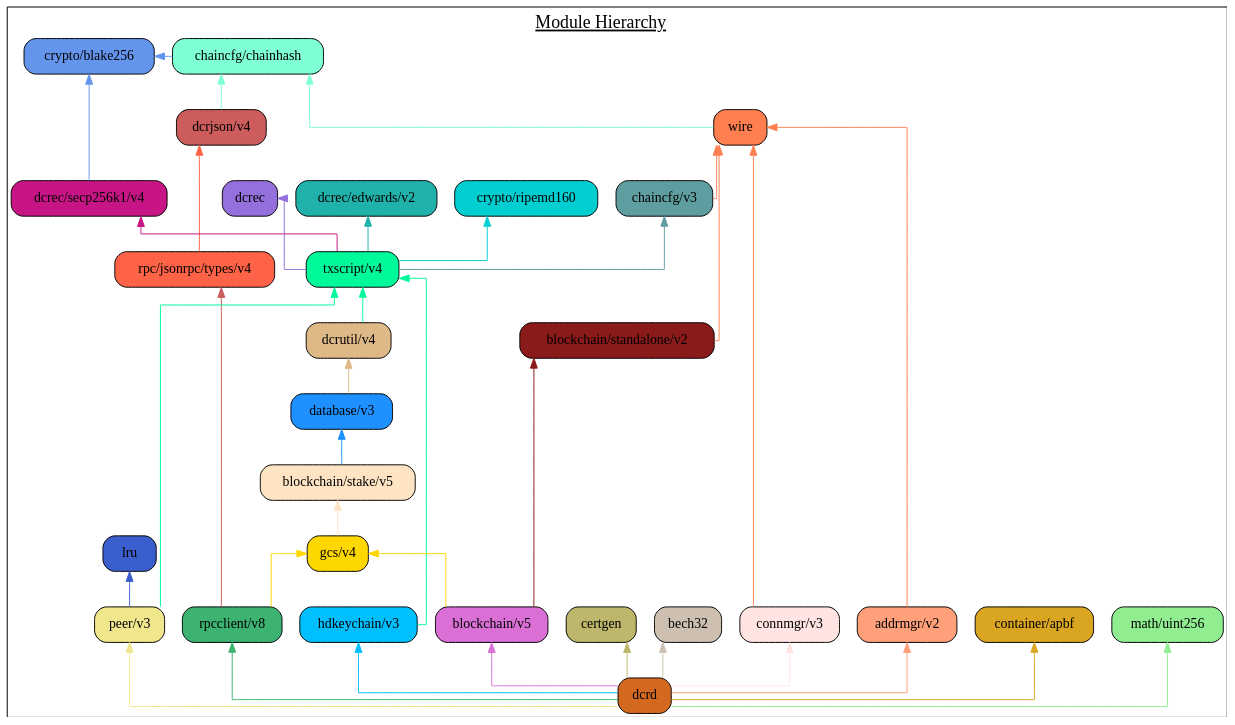
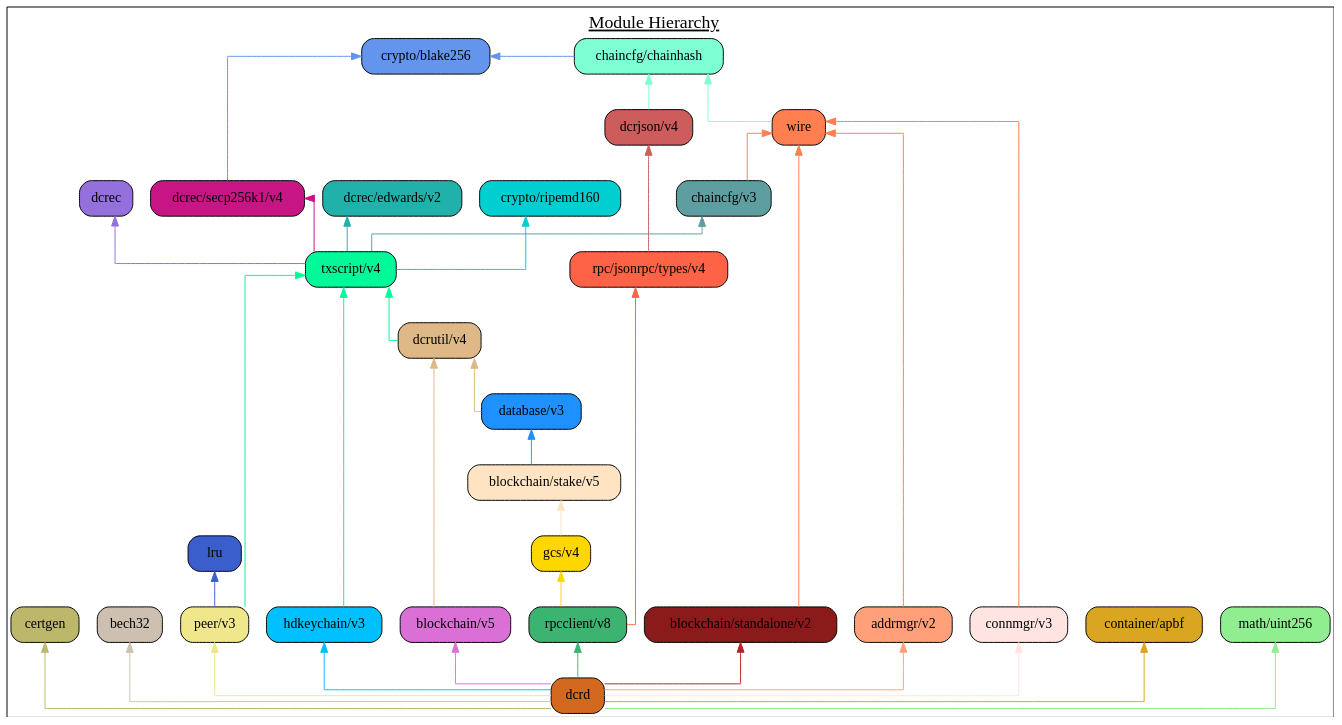
The diagram in docs/assets/module_hierarchy.gv (decred/dcrd), drawn with Graphviz before and after one commit. The commit also changed 1 other file, not shown here.

Commit message:
docs: Update for blockchain v5 module.
This updates the module hierarchy graphviz and module hierarchy diagram
to accurately reflect the latest blockchain module dependencies.

In particular, blockchain/v5 no longer relies on the gcs, stake, or
database modules.

It also rearranges the definitions a bit in the graphviz to produce a
more balanced diagram.

```diff
--- a/docs/assets/module_hierarchy.gv
+++ b/docs/assets/module_hierarchy.gv
@@ -1,77 +1,78 @@
 digraph {
 	graph [splines=ortho colorscheme=svg label=<<u>Module Hierarchy</u>> labelloc=t fontsize=18.0]
-	node [shape=box style="filled, rounded"]
+	node [shape=box style="filled, rounded" margin=0.1]
 
 	blake256 [label="crypto/blake256" fillcolor=cornflowerblue]
 	ripemd160 [label="crypto/ripemd160" fillcolor=darkturquoise]
 	certgen [label="certgen" fillcolor=darkkhaki]
 	bech32 [label="bech32" fillcolor=antiquewhite3]
 	chainhash [label="chaincfg/chainhash" fillcolor=aquamarine]
 	dcrjson [label="dcrjson/v4" fillcolor=indianred]
 	types [label="rpc/jsonrpc/types/v4" fillcolor=tomato]
 	wire [label="wire" fillcolor=coral]
-	addrmgr [label="addrmgr/v2" fillcolor=lightsalmon]
 	chaincfg [label="chaincfg/v3" fillcolor=cadetblue]
-	connmgr [label="connmgr/v3" fillcolor=mistyrose]
 	dcrec [label="dcrec" fillcolor=mediumpurple]
 	edwards [label="dcrec/edwards/v2" fillcolor=lightseagreen]
 	secp256k1 [label="dcrec/secp256k1/v4" fillcolor=mediumvioletred]
 	dcrutil [label="dcrutil/v4" fillcolor=burlywood]
 	database [label="database/v3" fillcolor=dodgerblue]
 	hdkeychain [label="hdkeychain/v3" fillcolor=deepskyblue]
 	txscript [label="txscript/v4" fillcolor=mediumspringgreen]
 	stake [label="blockchain/stake/v5" fillcolor=bisque]
+	gcs [label="gcs/v4" fillcolor=gold]
 	standalone [label="blockchain/standalone/v2" fillcolor=firebrick4]
-	gcs [label="gcs/v4" fillcolor=gold]
-	blockchain [label="blockchain/v5" fillcolor=orchid]
 	lru [label="lru" fillcolor=royalblue3]
 	peer [label="peer/v3" fillcolor=khaki]
 	rpcclient [label="rpcclient/v8" fillcolor=mediumseagreen]
+	addrmgr [label="addrmgr/v2" fillcolor=lightsalmon]
+	connmgr [label="connmgr/v3" fillcolor=mistyrose]
+	blockchain [label="blockchain/v5" fillcolor=orchid]
 	apbf [label="container/apbf" fillcolor=goldenrod]
 	uint256  [label="math/uint256" fillcolor=lightgreen]
 	dcrd [label="dcrd" fillcolor=chocolate]
 
 	{rank=same blake256 chainhash}
 	{rank=same dcrec secp256k1}
-	{rank=same connmgr addrmgr hdkeychain peer blockchain rpcclient}
+	{rank=same certgen bech32 apbf uint256}
+	{rank=same addrmgr connmgr hdkeychain peer blockchain standalone rpcclient}
 
 	certgen
 	bech32
 	blake256 -> chainhash [dir=back color=cornflowerblue]
 	blake256 -> secp256k1 [dir=back color=cornflowerblue]
 	chaincfg -> txscript [dir=back color=cadetblue]
 	chainhash -> dcrjson [dir=back color=aquamarine]
 	chainhash -> wire [dir=back color=aquamarine]
 	wire -> addrmgr [dir=back color=coral]
 	wire -> chaincfg [dir=back color=coral]
 	wire -> connmgr [dir=back color=coral]
 	wire -> standalone [dir=back color=coral]
 	ripemd160 -> txscript [dir=back color=darkturquoise]
 	dcrec -> txscript [dir=back color=mediumpurple]
 	edwards -> txscript [dir=back color=lightseagreen]
 	secp256k1 -> txscript [dir=back color=mediumvioletred]
 	txscript -> dcrutil [dir=back color=mediumspringgreen]
 	txscript -> hdkeychain [dir=back color=mediumspringgreen]
 	txscript -> peer [dir=back color=mediumspringgreen]
+	dcrutil -> blockchain [dir=back color=burlywood]
 	dcrutil -> database [dir=back color=burlywood]
 	database -> stake [dir=back color=dodgerblue]
 	stake -> gcs [dir=back color=bisque]
-	standalone -> blockchain [dir=back color=firebrick4]
-	gcs -> blockchain [dir=back color=gold]
 	gcs -> rpcclient [dir=back color=gold]
 
 	lru -> peer [dir=back color=royalblue3]
-	dcrjson -> types [dir=back color=tomato]
-	types -> rpcclient [dir=back color=indianred]
+	dcrjson -> types [dir=back color=indianred]
+	types -> rpcclient [dir=back color=tomato]
 
 	blockchain -> dcrd [dir=back color=orchid]
+	standalone -> dcrd [dir=back color=firebrick]
 	certgen -> dcrd [dir=back color=darkkhaki]
 	bech32 -> dcrd [dir=back color=antiquewhite3]
 	addrmgr -> dcrd [dir=back color=lightsalmon]
 	hdkeychain -> dcrd [dir=back color=deepskyblue]
 	connmgr -> dcrd [dir=back color=mistyrose]
 	rpcclient -> dcrd [dir=back color=mediumseagreen]
 	peer -> dcrd [dir=back color=khaki]
 	apbf -> dcrd [dir=back color=goldenrod]
 	uint256 -> dcrd [dir=back color=lightgreen]
 }
```
